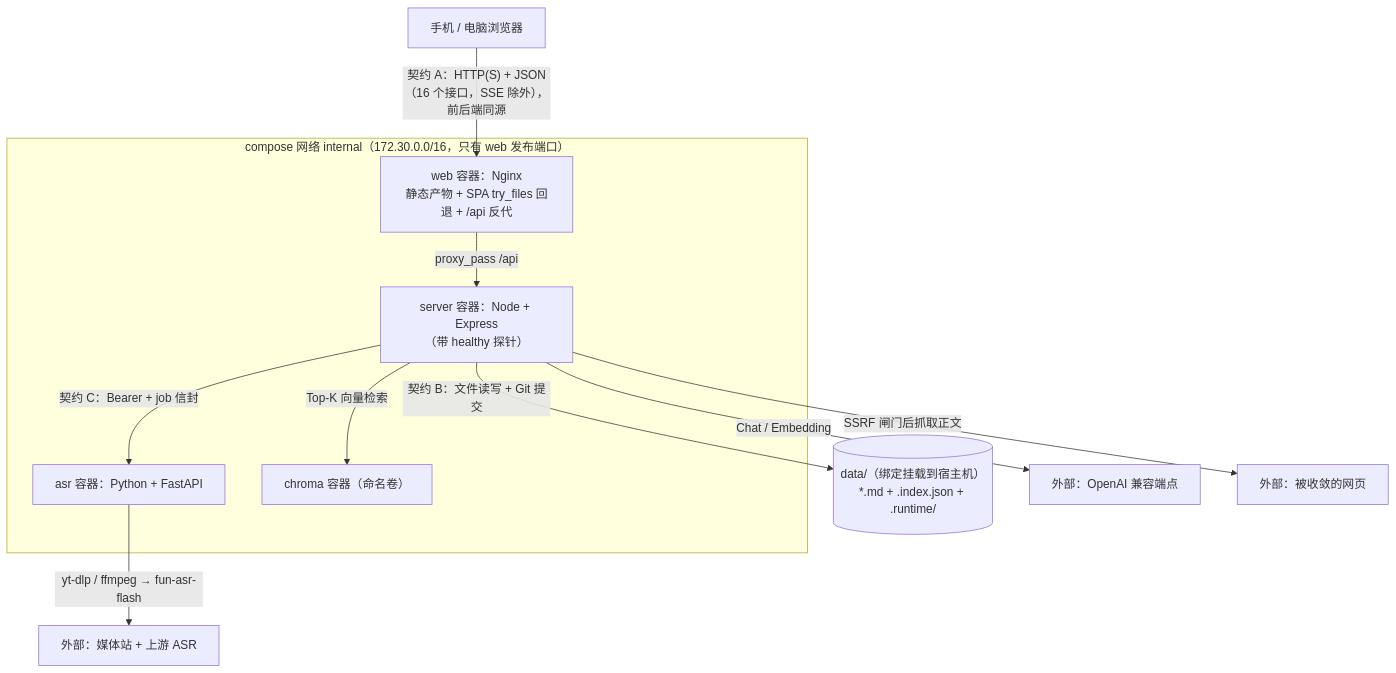
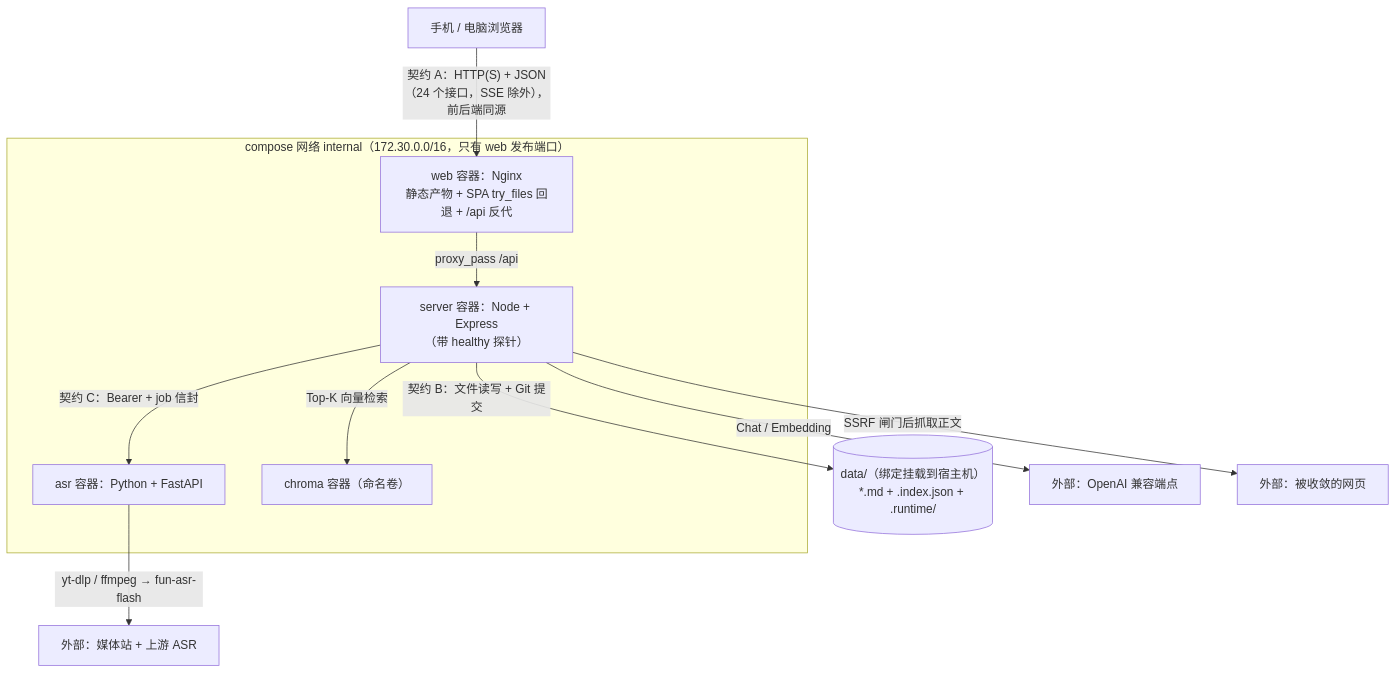
The seventh of 8 diagrams in TECH_DESIGN.md (XingHo-VibeCoding/vbcd), drawn with Mermaid before and after one commit. The commit also changed other lines of this file and 4 other files, not shown here.

````diff
--- a/TECH_DESIGN.md
+++ b/TECH_DESIGN.md
@@ -179,18 +180,18 @@
 ```mermaid
 flowchart TB
-    U["手机 / 电脑浏览器"] -->|"契约 A：HTTP(S) + JSON（16 个接口，SSE 除外），前后端同源"| W["web 容器：Nginx<br/>静态产物 + SPA try_files 回退 + /api 反代"]
+    U["手机 / 电脑浏览器"] -->|"契约 A：HTTP(S) + JSON（24 个接口，SSE 除外），前后端同源"| W["web 容器：Nginx<br/>静态产物 + SPA try_files 回退 + /api 反代"]
     W -->|"proxy_pass /api"| S["server 容器：Node + Express<br/>（带 healthy 探针）"]
     S -->|"契约 B：文件读写 + Git 提交"| D[("data/（绑定挂载到宿主机）<br/>*.md + .index.json + .runtime/")]
     S -->|"契约 C：Bearer + job 信封"| A["asr 容器：Python + FastAPI"]
     S -->|"Top-K 向量检索"| C["chroma 容器（命名卷）"]
     A -->|"yt-dlp / ffmpeg → fun-asr-flash"| X["外部：媒体站 + 上游 ASR"]
     S -->|"Chat / Embedding"| L["外部：OpenAI 兼容端点"]
     S -->|"SSRF 闸门后抓取正文"| N["外部：被收敛的网页"]
 
     subgraph NET["compose 网络 internal（172.30.0.0/16，只有 web 发布端口）"]
         W
         S
         A
         C
     end
 ```
````
